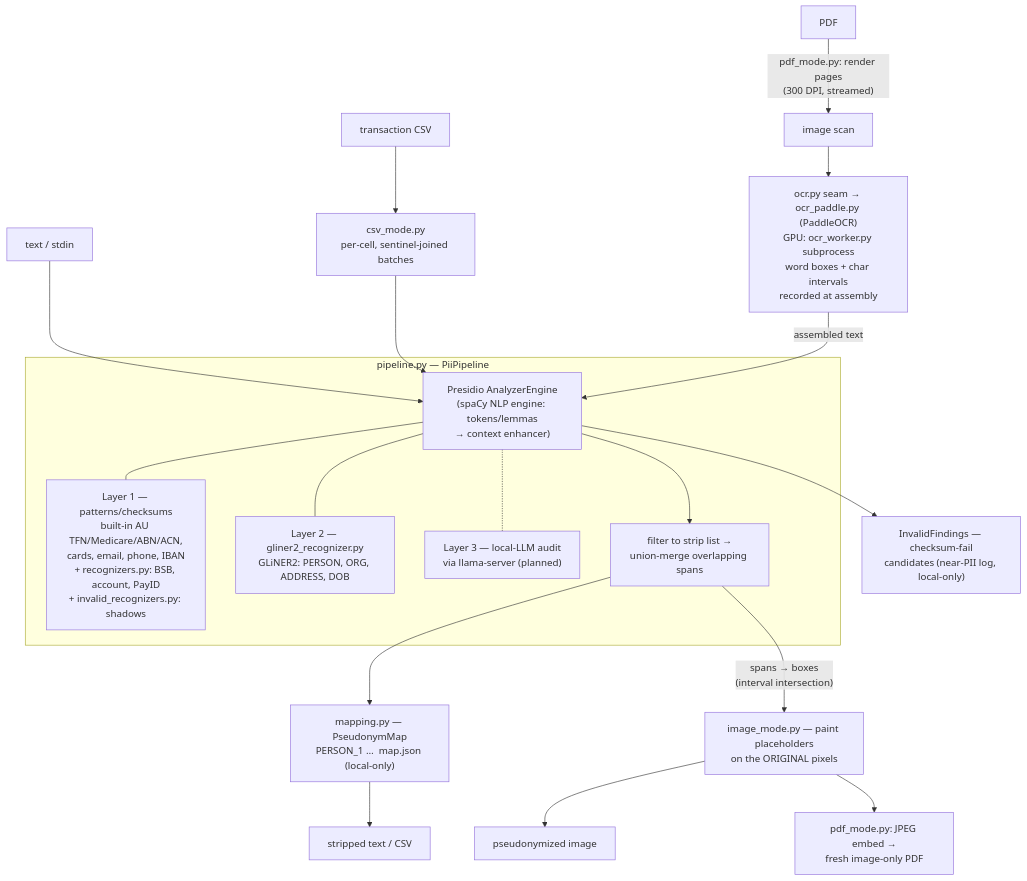
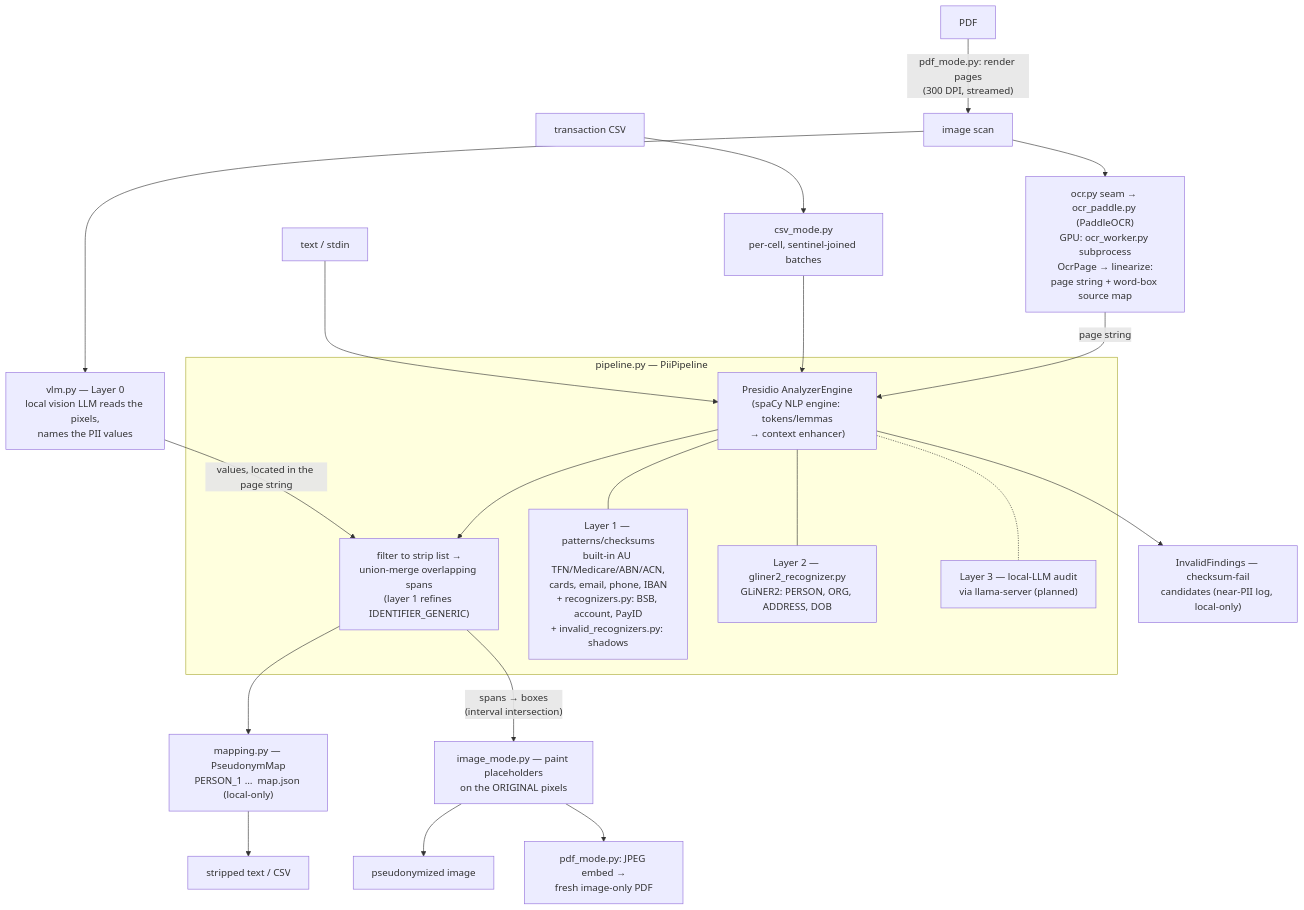
Before and after one commit to skoulik/BrokerAI: the diagram in pii/core/ARCHITECTURE.md, drawn with Mermaid. The commit also changed other lines of this file and 38 other files, not shown here.

````diff
--- a/pii/core/ARCHITECTURE.md
+++ b/pii/core/ARCHITECTURE.md
@@ -55,34 +60,36 @@
 ```mermaid
 flowchart TB
     TXT["text / stdin"]
     CSV["transaction CSV"]
     IMG["image scan"]
     PDF["PDF"]
 
     PDF -- "pdf_mode.py: render pages<br>(300 DPI, streamed)" --> IMG
-    IMG --> OCRPY["ocr.py seam → ocr_paddle.py (PaddleOCR)<br>GPU: ocr_worker.py subprocess<br>word boxes + char intervals<br>recorded at assembly"]
+    IMG --> VLM["vlm.py — Layer 0<br>local vision LLM reads the pixels,<br>names the PII values"]
+    IMG --> OCRPY["ocr.py seam → ocr_paddle.py (PaddleOCR)<br>GPU: ocr_worker.py subprocess<br>OcrPage → linearize:<br>page string + word-box source map"]
     CSV --> CSVM["csv_mode.py<br>per-cell, sentinel-joined batches"]
 
     TXT --> AE
     CSVM --> AE
-    OCRPY -- "assembled text" --> AE
+    OCRPY -- "page string" --> AE
+    VLM -- "values, located in the page string" --> MRG
 
     subgraph PIPE["pipeline.py — PiiPipeline"]
         AE["Presidio AnalyzerEngine<br>(spaCy NLP engine: tokens/lemmas<br>→ context enhancer)"]
         L1["Layer 1 — patterns/checksums<br>built-in AU TFN/Medicare/ABN/ACN,<br>cards, email, phone, IBAN<br>+ recognizers.py: BSB, account, PayID<br>+ invalid_recognizers.py: shadows"]
         L2["Layer 2 — gliner2_recognizer.py<br>GLiNER2: PERSON, ORG, ADDRESS, DOB"]
         L3["Layer 3 — local-LLM audit<br>via llama-server (planned)"]
-        MRG["filter to strip list →<br>union-merge overlapping spans"]
+        MRG["filter to strip list →<br>union-merge overlapping spans<br>(layer 1 refines IDENTIFIER_GENERIC)"]
         AE --- L1
         AE --- L2
         AE -.- L3
         AE --> MRG
     end
 
     MRG --> PM["mapping.py — PseudonymMap<br>PERSON_1 …  map.json (local-only)"]
     AE --> INV["InvalidFindings — checksum-fail<br>candidates (near-PII log, local-only)"]
     PM --> OUT1["stripped text / CSV"]
     MRG -- "spans → boxes<br>(interval intersection)" --> PAINT["image_mode.py — paint placeholders<br>on the ORIGINAL pixels"]
     PAINT --> OUT2["pseudonymized image"]
     PAINT --> OUT3["pdf_mode.py: JPEG embed →<br>fresh image-only PDF"]
 ```
````
